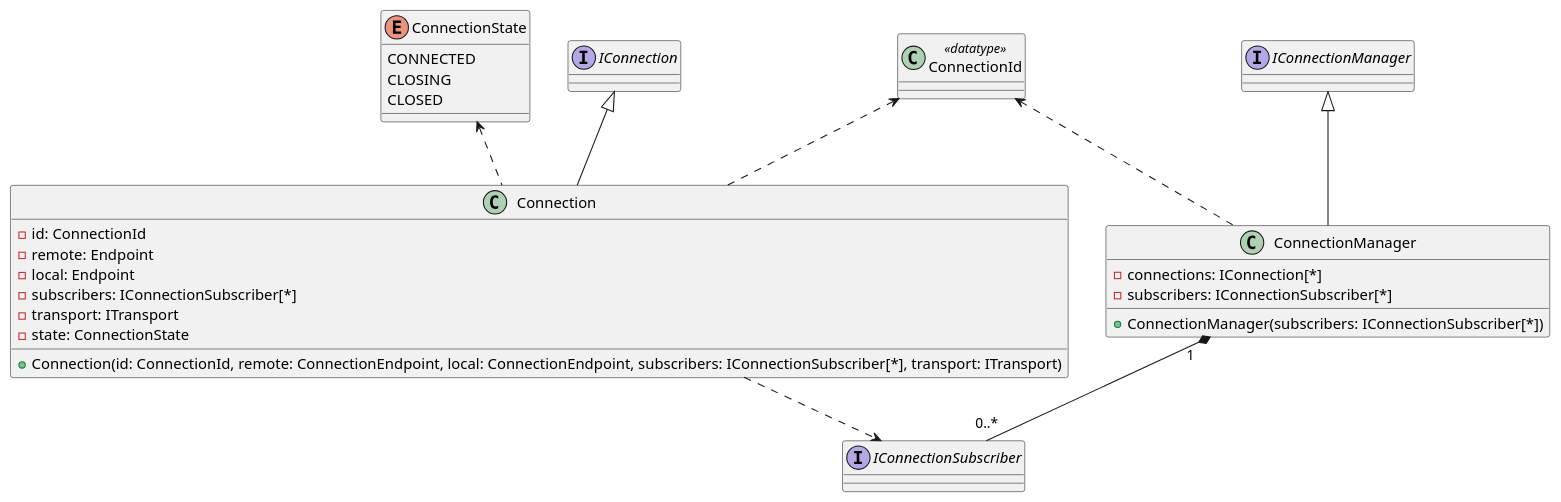
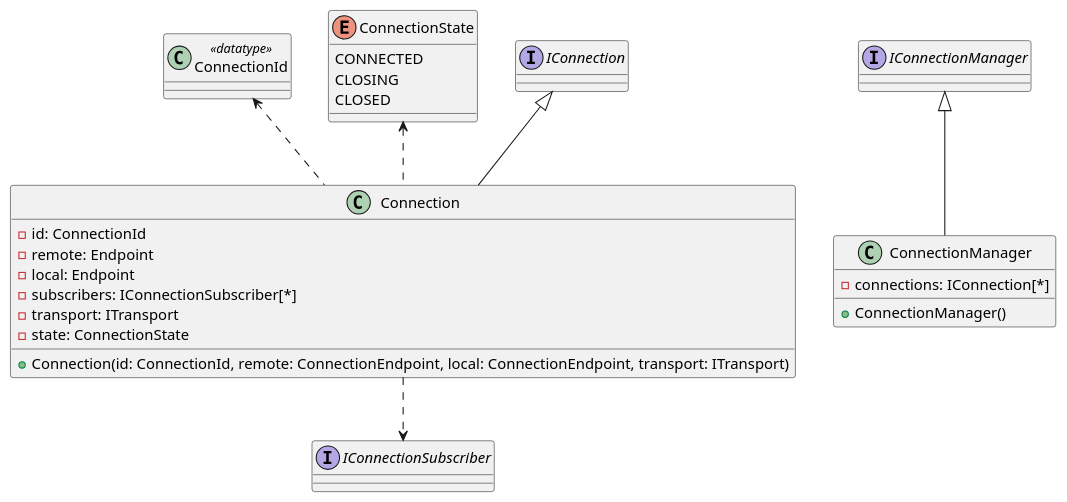
One commit to nghdang/connix changed the diagram in docs/architecture/05_building_block_view/communication/connection_layer/design_view.puml. Above: the diagram before and after it, drawn with PlantUML. The commit also changed 10 other files, not shown here.

Commit message:
fix: allow to add connection subscribers later

```diff
--- a/docs/architecture/05_building_block_view/communication/connection_layer/design_view.puml
+++ b/docs/architecture/05_building_block_view/communication/connection_layer/design_view.puml
@@ -1,40 +1,37 @@
 @startuml Connection Layer - Design View
 
 class ConnectionId <<datatype>>
 
 enum ConnectionState {
     CONNECTED
     CLOSING
     CLOSED
 }
 
 interface IConnectionSubscriber
 interface IConnection
 interface IConnectionManager
 
 class Connection {
     - id: ConnectionId
     - remote: Endpoint
     - local: Endpoint
     - subscribers: IConnectionSubscriber[*]
     - transport: ITransport
     - state: ConnectionState
-    + Connection(id: ConnectionId, remote: ConnectionEndpoint, local: ConnectionEndpoint, subscribers: IConnectionSubscriber[*], transport: ITransport)
+    + Connection(id: ConnectionId, remote: ConnectionEndpoint, local: ConnectionEndpoint, transport: ITransport)
 }
 
 class ConnectionManager {
     - connections: IConnection[*]
-    - subscribers: IConnectionSubscriber[*]
-    + ConnectionManager(subscribers: IConnectionSubscriber[*])
+    + ConnectionManager()
 }
 
 IConnection <|-- Connection
 ConnectionId <.. Connection
 ConnectionState <.. Connection
 Connection ..> IConnectionSubscriber
 
 IConnectionManager <|-- ConnectionManager
-ConnectionId <.. ConnectionManager
-ConnectionManager "1" *-- "0..*" IConnectionSubscriber
 
 @enduml
```
